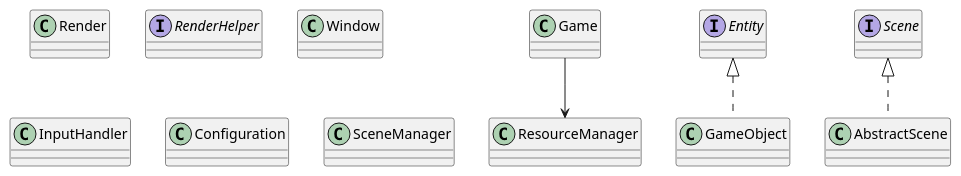
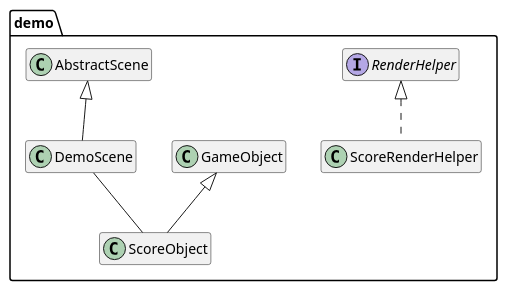
One commit to mcgivrer/fromClassToGame changed the second of 2 diagrams in src/docs/chapters/100-architecture.md. Above: the diagram before and after it, drawn with PlantUML. The commit also changed other lines of this file and 3 other files, not shown here.

````diff
--- a/src/docs/chapters/100-architecture.md
+++ b/src/docs/chapters/100-architecture.md
@@ -5,19 +79,13 @@
 ```plantuml
-@startuml
-class Game
-interface Entity
-class GameObject implements Entity
-class ResourceManager
-class Render
-interface RenderHelper
-class Window
-class InputHandler
-class Configuration
-interface Scene
-class AbstractScene implements Scene
-class SceneManager
+@startuml "Demonstration"
+hide members
+hide methods
 
-Game --> ResourceManager
-
+    package "demo" {
+        class ScoreRenderHelper implements RenderHelper
+        class ScoreObject extends GameObject
+        class DemoScene extends AbstractScene
+        DemoScene -- ScoreObject
+    }
 @enduml
 ```
````
